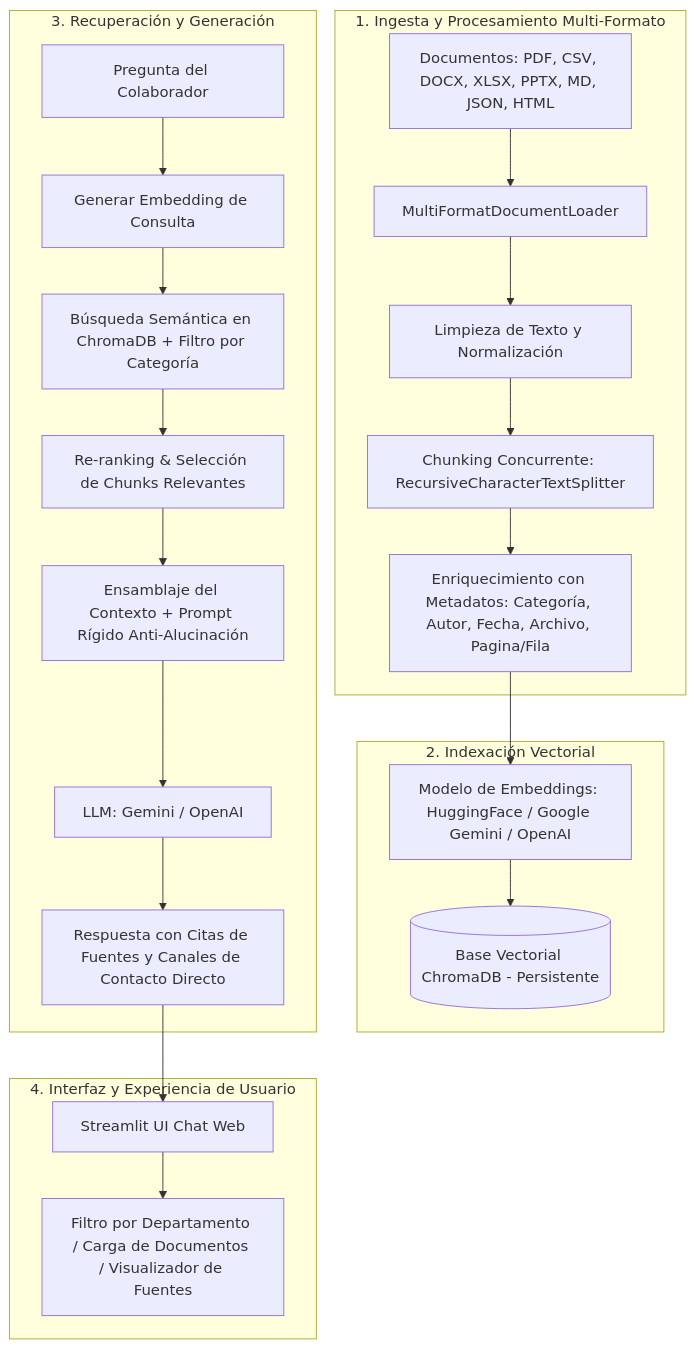
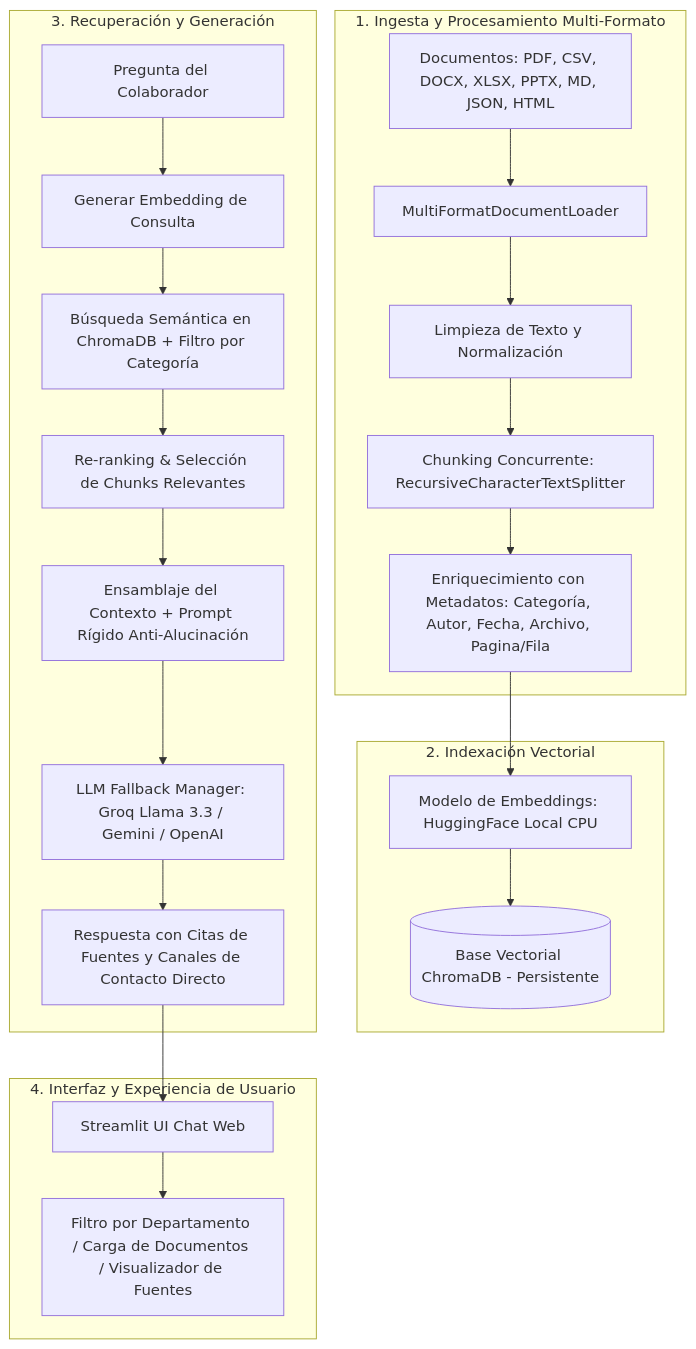
The diagram in README.md (rogervc1/ONE_Project), drawn with Mermaid before and after one commit. The commit also changed other lines of this file, not shown here.

````diff
--- a/README.md
+++ b/README.md
@@ -28,28 +29,28 @@
 ```mermaid
 flowchart TD
     subgraph Ingestion["1. Ingesta y Procesamiento Multi-Formato"]
         A[Documentos: PDF, CSV, DOCX, XLSX, PPTX, MD, JSON, HTML] --> B[MultiFormatDocumentLoader]
         B --> C[Limpieza de Texto y Normalización]
         C --> D[Chunking Concurrente: RecursiveCharacterTextSplitter]
         D --> E[Enriquecimiento con Metadatos: Categoría, Autor, Fecha, Archivo, Pagina/Fila]
     end
 
     subgraph Indexing["2. Indexación Vectorial"]
-        E --> F[Modelo de Embeddings: HuggingFace / Google Gemini / OpenAI]
+        E --> F[Modelo de Embeddings: HuggingFace Local CPU]
         F --> G[(Base Vectorial ChromaDB - Persistente)]
     end
 
     subgraph RAG_Engine["3. Recuperación y Generación"]
         H[Pregunta del Colaborador] --> I[Generar Embedding de Consulta]
         I --> J[Búsqueda Semántica en ChromaDB + Filtro por Categoría]
         J --> K[Re-ranking & Selección de Chunks Relevantes]
         K --> L[Ensamblaje del Contexto + Prompt Rígido Anti-Alucinación]
-        L --> M[LLM: Gemini / OpenAI]
+        L --> M[LLM Fallback Manager: Groq Llama 3.3 / Gemini / OpenAI]
         M --> N[Respuesta con Citas de Fuentes y Canales de Contacto Directo]
     end
 
     subgraph UI["4. Interfaz y Experiencia de Usuario"]
         N --> O[Streamlit UI Chat Web]
         O --> P[Filtro por Departamento / Carga de Documentos / Visualizador de Fuentes]
     end
 ```
````
